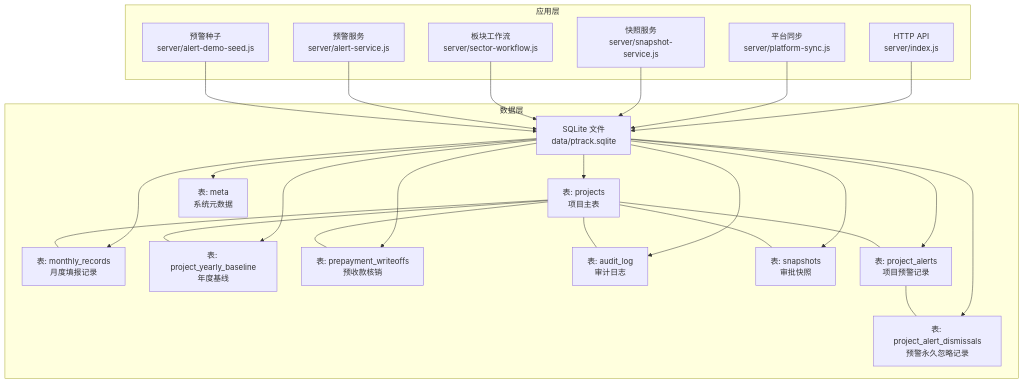
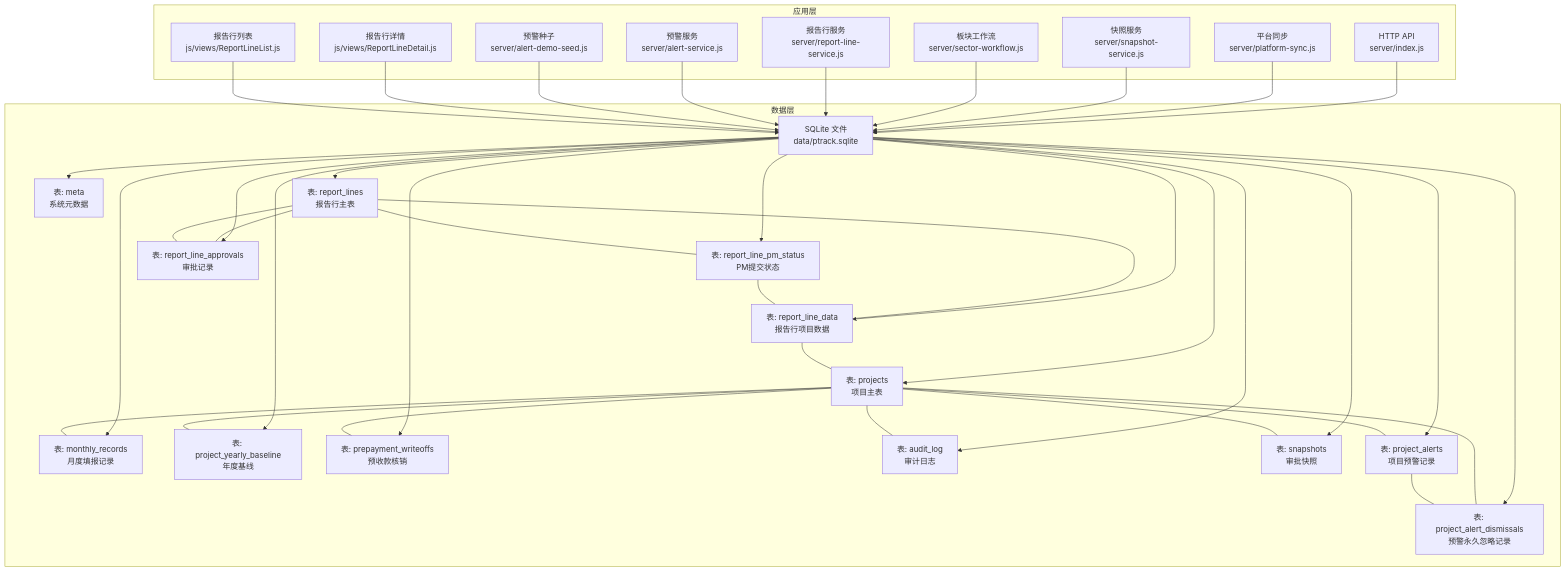
Before and after one commit to marcelxu0272/202605_project-tracking-table: the first of 16 diagrams in .qoder/repowiki/zh/content/数据库设计.md, drawn with Mermaid. The commit also changed other lines of this file and 15 other files, not shown here.

````diff
--- a/.qoder/repowiki/zh/content/数据库设计.md
+++ b/.qoder/repowiki/zh/content/数据库设计.md
@@ -55,45 +64,66 @@
 ```mermaid
 graph TB
 subgraph "应用层"
 API["HTTP API<br/>server/index.js"]
 Sync["平台同步<br/>server/platform-sync.js"]
 Snap["快照服务<br/>server/snapshot-service.js"]
 WF["板块工作流<br/>server/sector-workflow.js"]
+RLSvc["报告行服务<br/>server/report-line-service.js"]
 AlertSvc["预警服务<br/>server/alert-service.js"]
 AlertSeed["预警种子<br/>server/alert-demo-seed.js"]
+RLDetail["报告行详情<br/>js/views/ReportLineDetail.js"]
+RLList["报告行列表<br/>js/views/ReportLineList.js"]
 end
 subgraph "数据层"
 DB["SQLite 文件<br/>data/ptrack.sqlite"]
 Projects["表: projects<br/>项目主表"]
 Monthly["表: monthly_records<br/>月度填报记录"]
 Baseline["表: project_yearly_baseline<br/>年度基线"]
 Writeoff["表: prepayment_writeoffs<br/>预收款核销"]
 Audit["表: audit_log<br/>审计日志"]
 SnapTbl["表: snapshots<br/>审批快照"]
 Meta["表: meta<br/>系统元数据"]
+RLines["表: report_lines<br/>报告行主表"]
+RLPm["表: report_line_pm_status<br/>PM提交状态"]
+RLApp["表: report_line_approvals<br/>审批记录"]
+RLData["表: report_line_data<br/>报告行项目数据"]
 Alerts["表: project_alerts<br/>项目预警记录"]
 Dismissals["表: project_alert_dismissals<br/>预警永久忽略记录"]
 end
 API --> DB
 Sync --> DB
 Snap --> DB
 WF --> DB
+RLSvc --> DB
 AlertSvc --> DB
 AlertSeed --> DB
+RLDetail --> DB
+RLList --> DB
 DB --> Projects
 DB --> Monthly
 DB --> Baseline
 DB --> Writeoff
 DB --> Audit
 DB --> SnapTbl
 DB --> Meta
+DB --> RLines
+DB --> RLPm
+DB --> RLApp
+DB --> RLData
 DB --> Alerts
 DB --> Dismissals
 Projects --- Monthly
 Projects --- Baseline
 Projects --- Writeoff
 Projects --- Audit
 Projects --- SnapTbl
 Projects --- Alerts
+Projects --- Dismissals
+RLines --- RLPm
+RLines --- RLApp
+RLines --- RLData
+RLPm --- RLData
+RLApp --- RLines
+RLData --- Projects
 Alerts --- Dismissals
 ```
````
